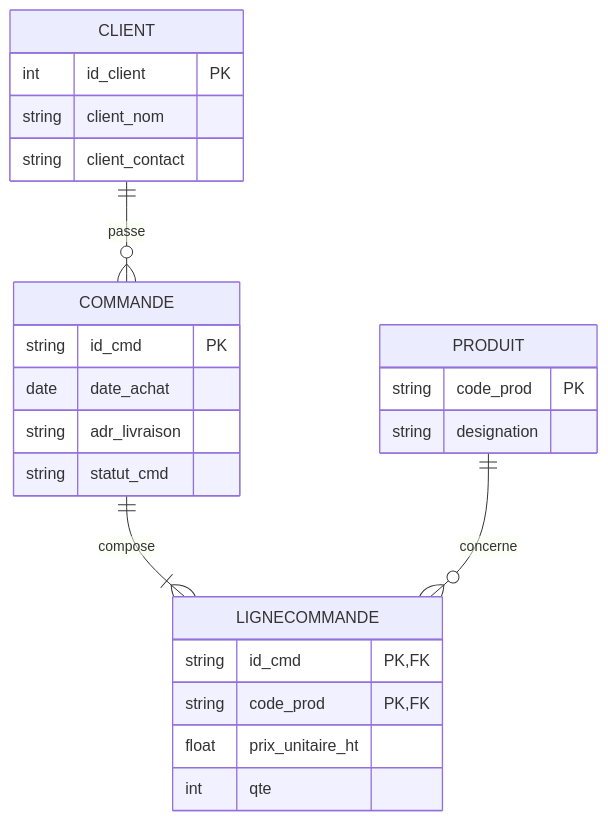
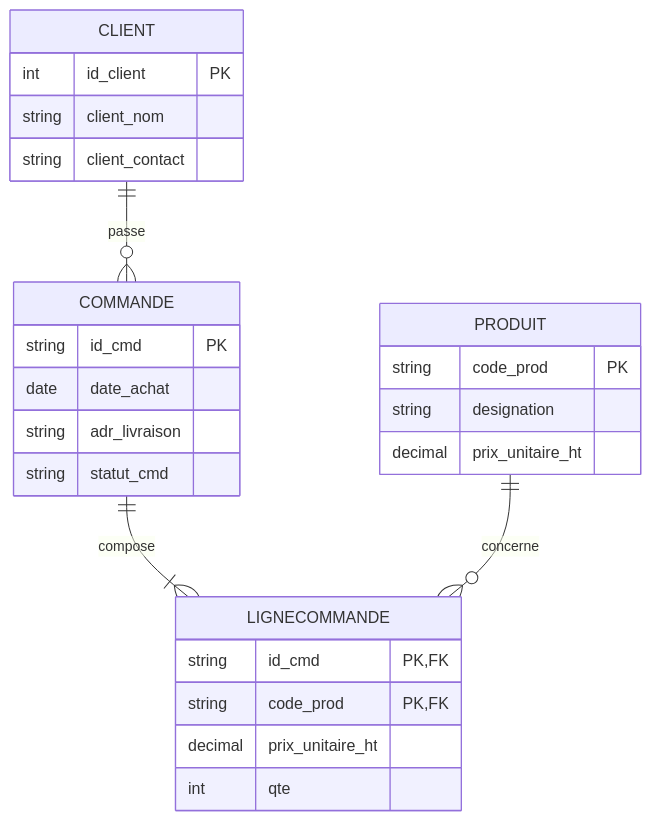
Before and after one commit to benji3106/holbertonschool-Analyse_et_conception: the diagram in Modelisation_Relationnelle/Schema.md, drawn with Mermaid.

Commit message:
Change prix_unitaire_ht type from float to decimal

````diff
--- a/Modelisation_Relationnelle/Schema.md
+++ b/Modelisation_Relationnelle/Schema.md
@@ -1,27 +1,28 @@
 ```mermaid
 erDiagram
     CLIENT ||--o{ COMMANDE : passe
     COMMANDE ||--|{ LIGNECOMMANDE : compose
     PRODUIT ||--o{ LIGNECOMMANDE : concerne
     CLIENT {
         int id_client PK
         string client_nom
         string client_contact
     }
     COMMANDE {
         string id_cmd PK
         date date_achat
         string adr_livraison
         string statut_cmd
     }
     PRODUIT {
         string code_prod PK
         string designation
+        decimal prix_unitaire_ht
     }
     LIGNECOMMANDE {
         string id_cmd PK,FK
         string code_prod PK,FK
-        float prix_unitaire_ht
+        decimal prix_unitaire_ht
         int qte
     }
 ```
````
